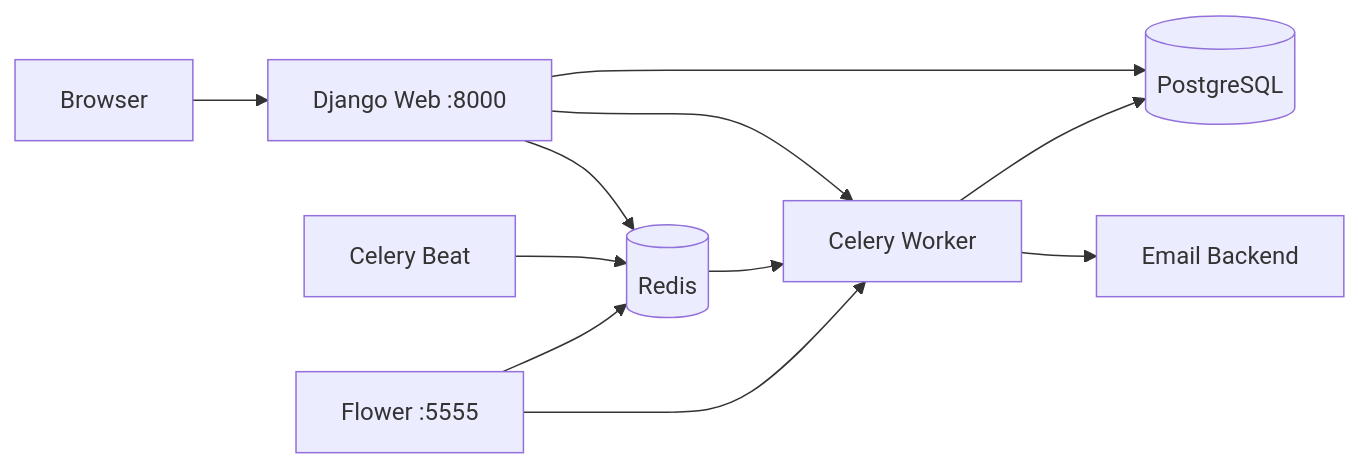
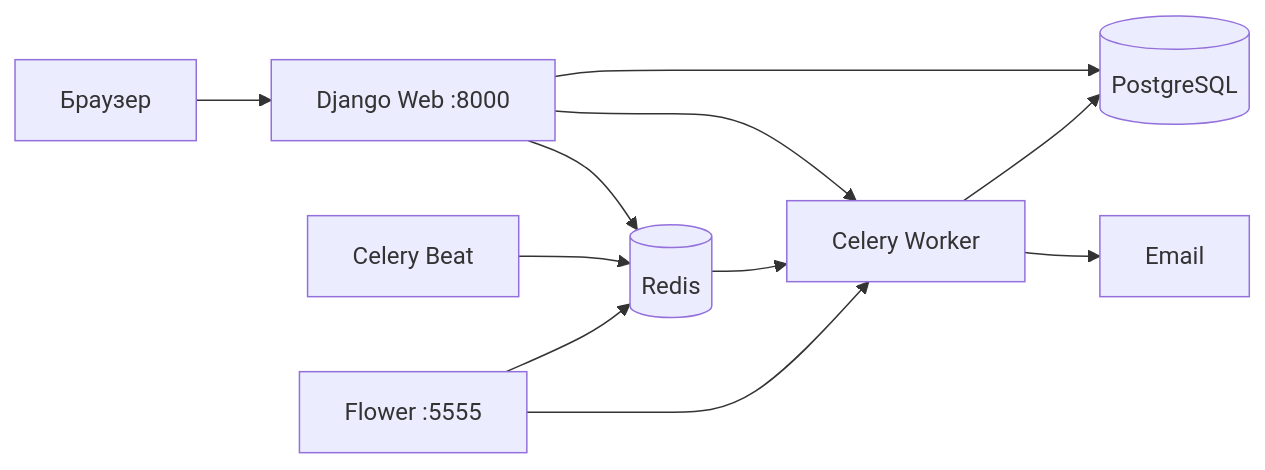
One commit to asmpc/Shop_ePower changed the fourth of 4 diagrams in README.md. Above: the diagram before and after it, drawn with Mermaid. The commit also changed other lines of this file and 9 other files, not shown here.

````diff
--- a/README.md
+++ b/README.md
@@ -540,17 +466,13 @@
 ```mermaid
 flowchart LR
-    Browser[Browser] --> Web[Django Web :8000]
-
+    Browser[Браузер] --> Web[Django Web :8000]
     Web --> PostgreSQL[(PostgreSQL)]
     Web --> Redis[(Redis)]
     Web --> Worker[Celery Worker]
-
     Beat[Celery Beat] --> Redis
     Redis --> Worker
-
     Worker --> PostgreSQL
-    Worker --> Email[Email Backend]
-
+    Worker --> Email[Email]
     Flower[Flower :5555] --> Redis
     Flower --> Worker
 ```
````
